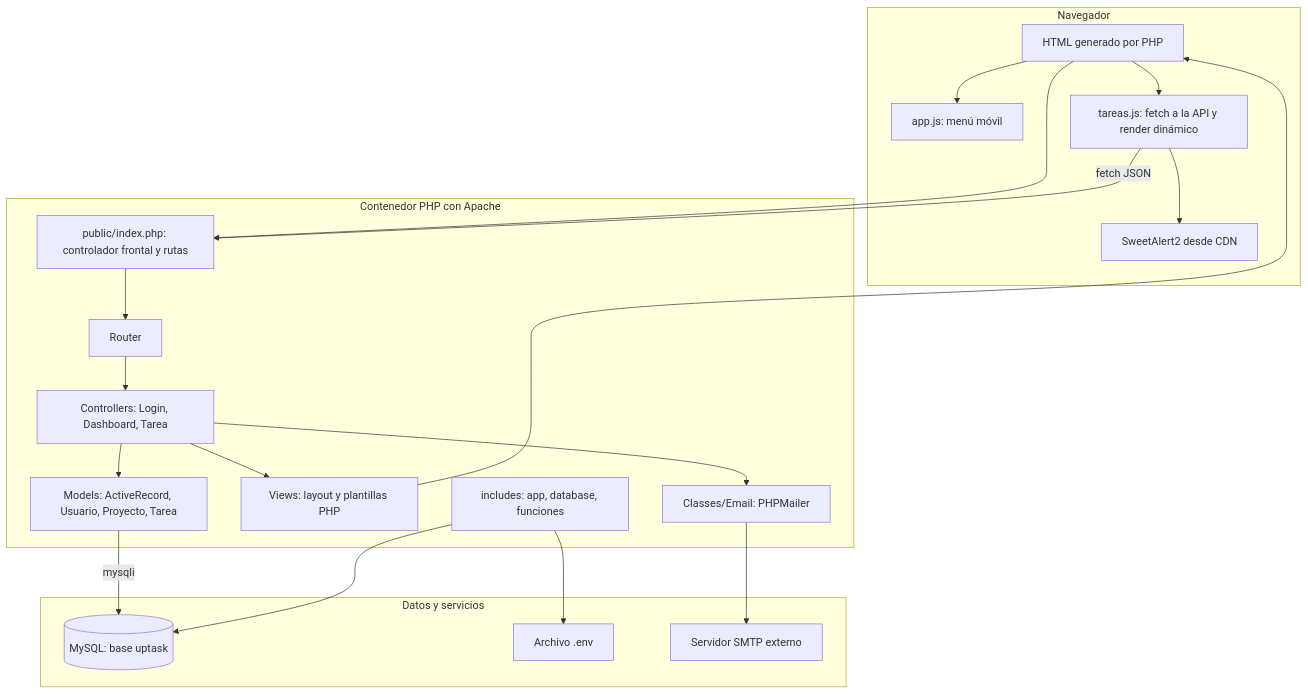
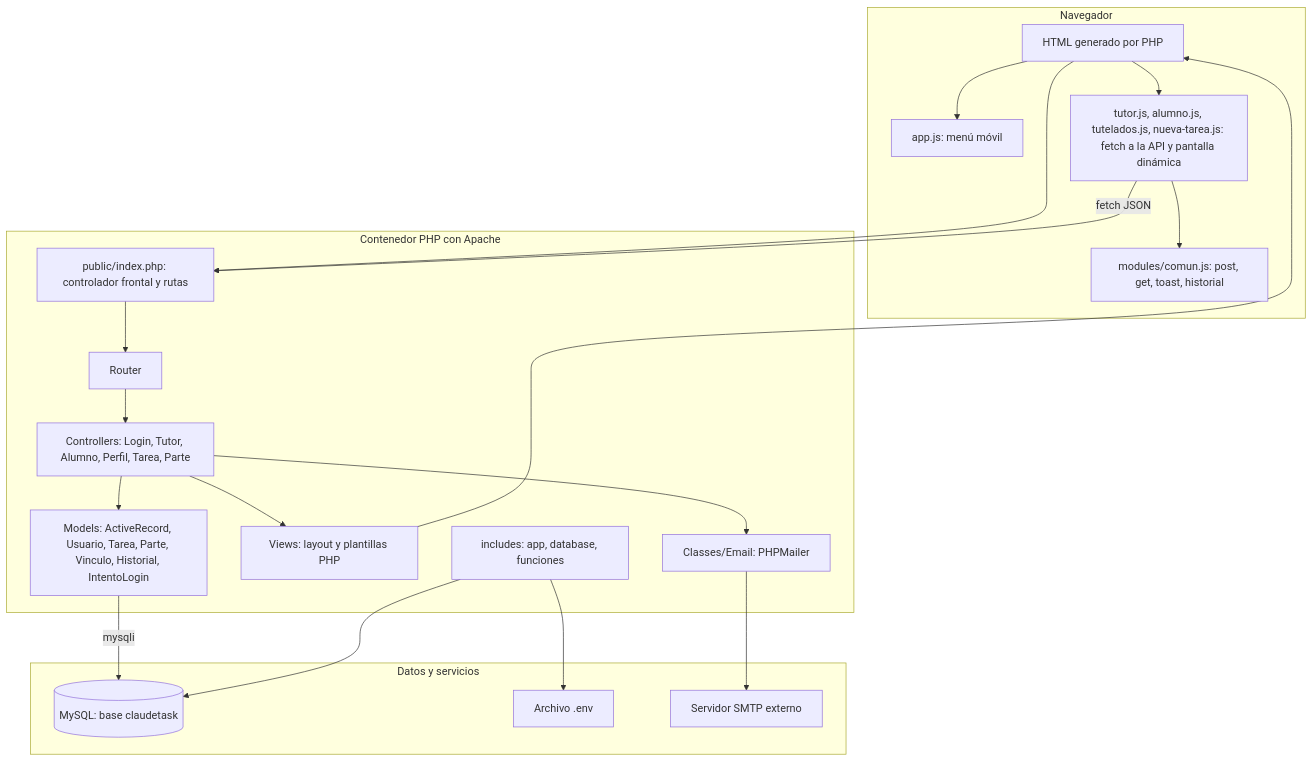
Before and after one commit to JCChoqueM/Santi-Task: diagram 11 of 14 in docs_santitask.md, drawn with Mermaid. The commit also changed other lines of this file, not shown here.

Commit message:
Paso 10a: secciones 3 y 4 de docs_santitask.md alineadas con ClaudeTask (roles, partes, vinculos, API)

````diff
--- a/docs_santitask.md
+++ b/docs_santitask.md
@@ -557,39 +843,39 @@
 ```mermaid
 flowchart TB
     subgraph Cliente["Navegador"]
         HTMLV["HTML generado por PHP"]
         JSA["app.js: menú móvil"]
-        JST["tareas.js: fetch a la API y render dinámico"]
-        SWAL["SweetAlert2 desde CDN"]
+        JSP["tutor.js, alumno.js, tutelados.js, nueva-tarea.js: fetch a la API y pantalla dinámica"]
+        JSC["modules/comun.js: post, get, toast, historial"]
     end
     subgraph Servidor["Contenedor PHP con Apache"]
         FC["public/index.php: controlador frontal y rutas"]
         RT["Router"]
-        CT["Controllers: Login, Dashboard, Tarea"]
-        MD["Models: ActiveRecord, Usuario, Proyecto, Tarea"]
+        CT["Controllers: Login, Tutor, Alumno, Perfil, Tarea, Parte"]
+        MD["Models: ActiveRecord, Usuario, Tarea, Parte, Vinculo, Historial, IntentoLogin"]
         VW["Views: layout y plantillas PHP"]
         ML["Classes/Email: PHPMailer"]
         CF["includes: app, database, funciones"]
     end
     subgraph Datos["Datos y servicios"]
-        DB[("MySQL: base uptask")]
+        DB[("MySQL: base claudetask")]
         ENV["Archivo .env"]
         SMTP["Servidor SMTP externo"]
     end
 
     HTMLV --> FC
-    JST -->|"fetch JSON"| FC
+    JSP -->|"fetch JSON"| FC
     FC --> RT
     RT --> CT
     CT --> MD
     CT --> VW
     CT --> ML
     MD -->|"mysqli"| DB
     ML --> SMTP
     CF --> ENV
     CF --> DB
     VW --> HTMLV
     HTMLV --> JSA
-    HTMLV --> JST
-    JST --> SWAL
+    HTMLV --> JSP
+    JSP --> JSC
 ```
````
